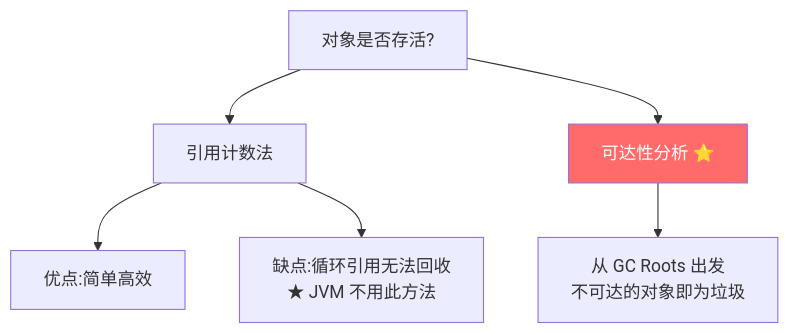
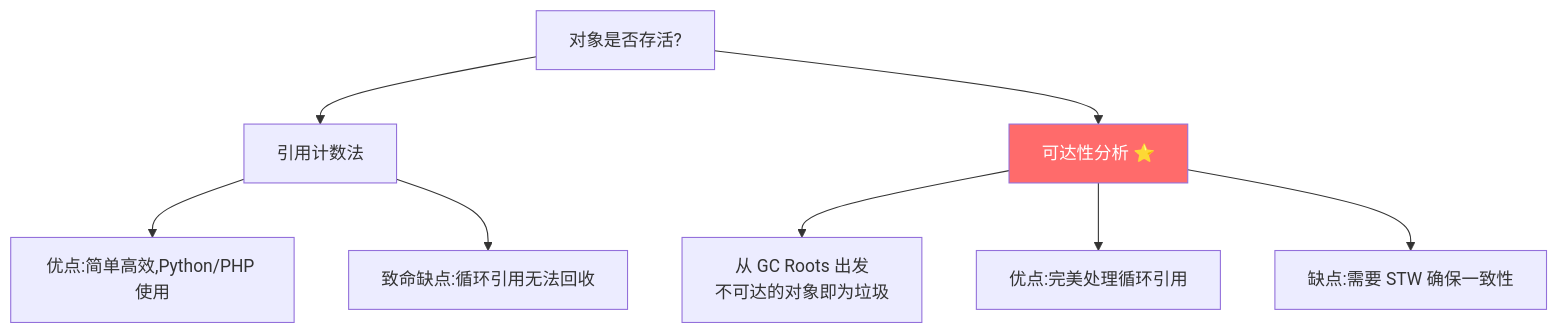
Before and after one commit to qigao0787-ops/gq-test: the fourth of 34 diagrams in document/strengthen/性能调优面试总结_增强版.md, drawn with Mermaid. The commit also changed other lines of this file, not shown here.

````diff
--- a/document/strengthen/性能调优面试总结_增强版.md
+++ b/document/strengthen/性能调优面试总结_增强版.md
@@ -164,12 +373,14 @@
 ```mermaid
 flowchart TD
     A[对象是否存活?] --> B[引用计数法]
     A --> C[可达性分析 ⭐]
 
-    B --> B1[优点:简单高效]
-    B --> B2[缺点:循环引用无法回收<br/>★ JVM 不用此方法]
+    B --> B1[优点:简单高效,Python/PHP 使用]
+    B --> B2[致命缺点:循环引用无法回收]
 
     C --> C1[从 GC Roots 出发<br/>不可达的对象即为垃圾]
+    C --> C2[优点:完美处理循环引用]
+    C --> C3[缺点:需要 STW 确保一致性]
 
     style C fill:#ff6b6b,color:#fff
 ```
````
